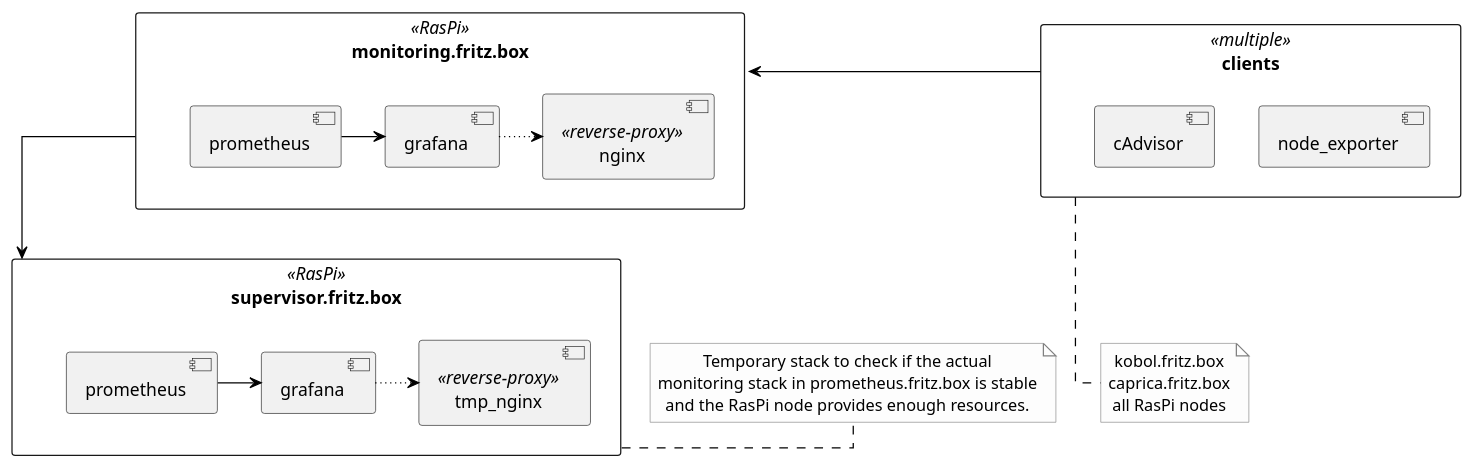
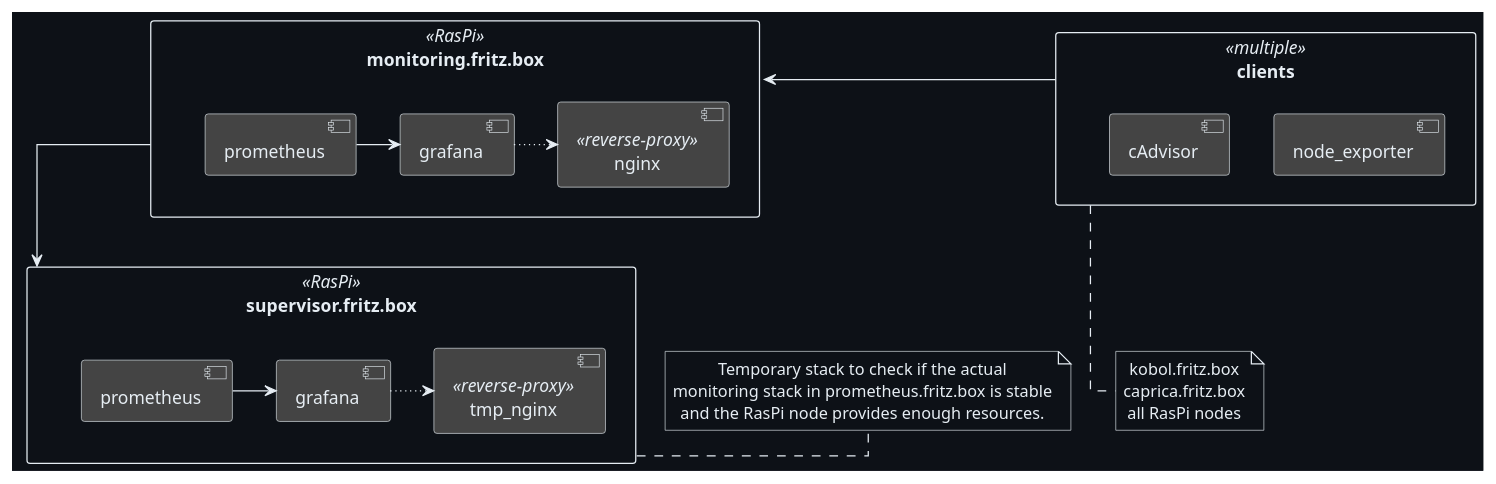
Before and after one commit to sommerfeld-io-archive/configs: the diagram in docs/modules/ROOT/assets/images/bash-docs/services-cli-monitoring.puml, drawn with PlantUML. The commit also changed 1 other file, not shown here.

Commit message:
changed plantuml styles

```diff
--- a/docs/modules/ROOT/assets/images/bash-docs/services-cli-monitoring.puml
+++ b/docs/modules/ROOT/assets/images/bash-docs/services-cli-monitoring.puml
@@ -1,41 +1,70 @@
 @startuml monitoring
 
 skinparam linetype ortho
 skinparam monochrome false
 skinparam componentStyle uml2
-skinparam backgroundColor #fff
-skinparam ArrowColor black
-skinparam NoteBorderColor Grey
-skinparam NoteBackgroundColor #fdfdfd
+skinparam backgroundColor #0D1117
+skinparam ArrowColor #e6edf3
+skinparam NoteBorderColor #e6edf3
+skinparam NoteFontColor #e6edf3
+skinparam NoteBackgroundColor transparent
+skinparam ComponentBackgroundColor #444
+skinparam ComponentBorderColor #e6edf3
+skinparam ComponentFontColor #e6edf3
+skinparam DatabaseBorderColor #e6edf3
+skinparam DatabaseBackgroundColor #444
+skinparam DatabaseFontColor #e6edf3
+skinparam FileBorderColor #e6edf3
+skinparam FileFontColor #e6edf3
+skinparam ControlBorderColor #e6edf3
+skinparam ControlFontColor #e6edf3
+skinparam RectangleBackgroundColor transparent
+skinparam RectangleBorderColor #e6edf3
+skinparam RectangleFontColor #e6edf3
+skinparam ControlBackgroundColor transparent
+skinparam ControlBorderColor #e6edf3
+skinparam ControlFontColor #e6edf3
+skinparam HexagonBackgroundColor transparent
+skinparam HexagonBorderColor #e6edf3
+skinparam HexagonFontColor #e6edf3
+skinparam ArtifactBackgroundColor #444
+skinparam ArtifactBorderColor #e6edf3
+skinparam ArtifactFontColor #e6edf3
+skinparam CollectionsBackgroundColor #444
+skinparam CollectionsBorderColor #e6edf3
+skinparam CollectionsFontColor #e6edf3
+skinparam QueueBackgroundColor #444
+skinparam QueueBorderColor #e6edf3
+skinparam QueueFontColor #e6edf3
 skinparam defaultTextAlignment center
 skinparam activity {
-FontName Ubuntu
+  FontName Ubuntu
 }
 
 rectangle monitoring as "monitoring.fritz.box" <<RasPi>> {
   component grafana
   component prometheus
   component nginx <<reverse-proxy>>
   prometheus -> grafana
   grafana ~right~> nginx
 }
 
 rectangle supervisor as "supervisor.fritz.box" <<RasPi>> {
   component tmp_grafana as "grafana"
   component tmp_prometheus as "prometheus"
   component tmp_nginx <<reverse-proxy>>
   tmp_prometheus -> tmp_grafana
   tmp_grafana ~right~> tmp_nginx
 }
 note right of supervisor: Temporary stack to check if the actual\nmonitoring stack in prometheus.fritz.box is stable\nand the RasPi node provides enough resources.
 
 rectangle clients <<multiple>> {
   component node_exporter
   component cAdvisor
 }
 note bottom of clients: kobol.fritz.box\ncaprica.fritz.box\nall RasPi nodes
 
 clients -left-> monitoring
 monitoring -down-> supervisor
 
 @enduml
```
